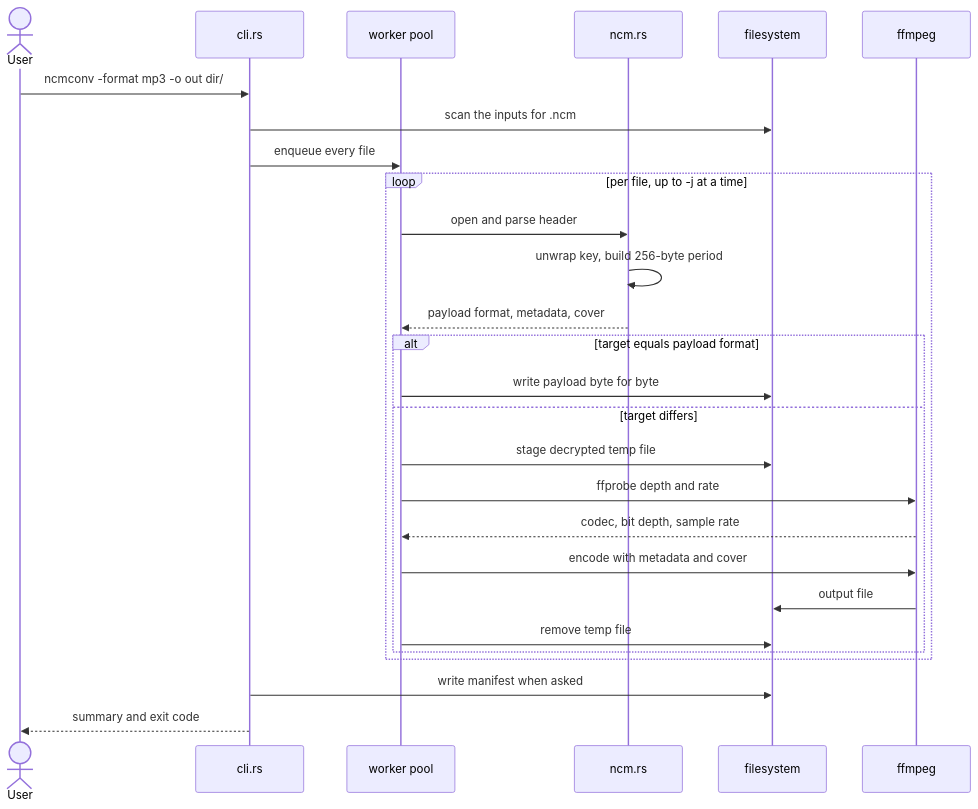
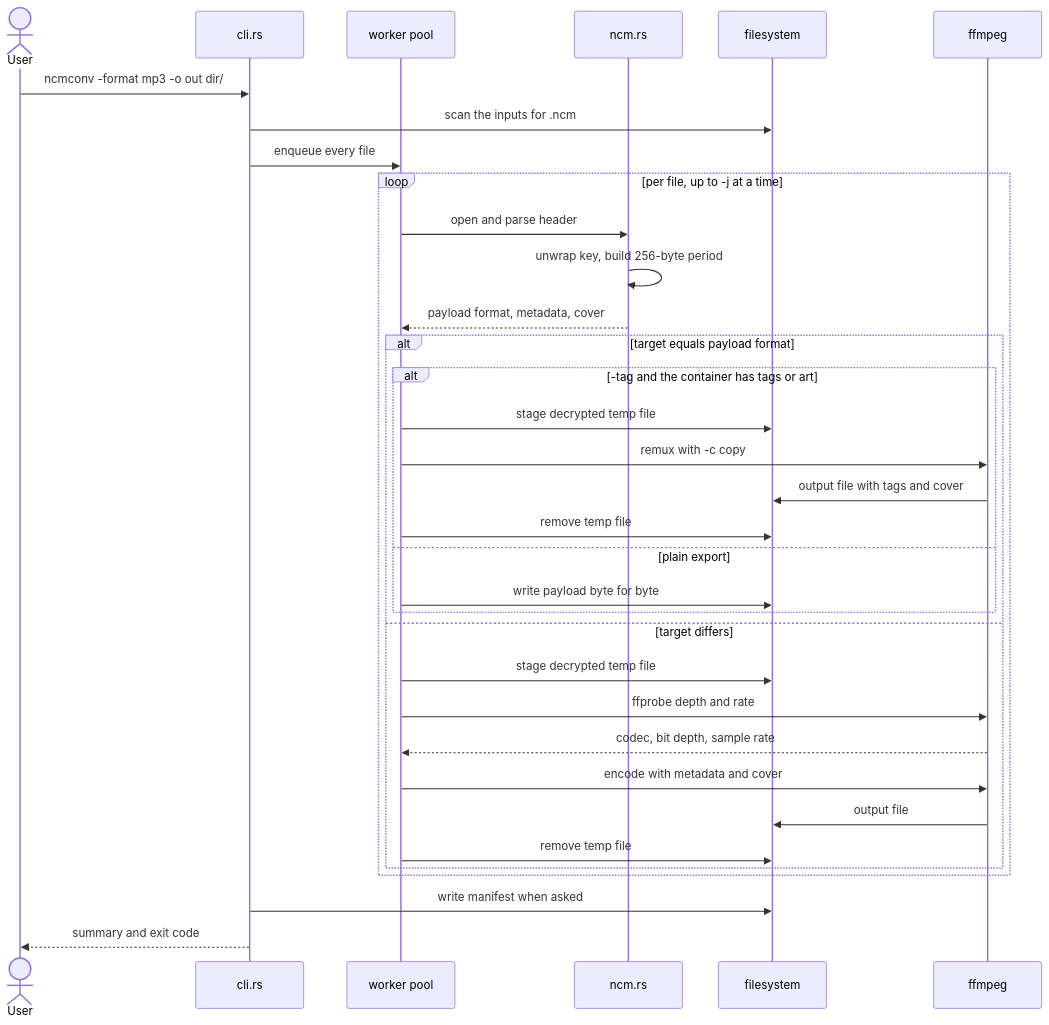
One commit to ByteFluffy/ncmconv changed the third of 3 diagrams in README.md. Above: the diagram before and after it, drawn with Mermaid. The commit also changed other lines of this file and 3 other files, not shown here.

First line of the commit message:
feat: add -tag to attach tags and cover without re-encoding

````diff
--- a/README.md
+++ b/README.md
@@ -153,30 +159,37 @@
 ```mermaid
 sequenceDiagram
     actor User
     participant CLI as cli.rs
     participant Pool as worker pool
     participant NCM as ncm.rs
     participant Disk as filesystem
     participant FF as ffmpeg
 
     User->>CLI: ncmconv -format mp3 -o out dir/
     CLI->>Disk: scan the inputs for .ncm
     CLI->>Pool: enqueue every file
     loop per file, up to -j at a time
         Pool->>NCM: open and parse header
         NCM->>NCM: unwrap key, build 256-byte period
         NCM-->>Pool: payload format, metadata, cover
         alt target equals payload format
-            Pool->>Disk: write payload byte for byte
+            alt -tag and the container has tags or art
+                Pool->>Disk: stage decrypted temp file
+                Pool->>FF: remux with -c copy
+                FF->>Disk: output file with tags and cover
+                Pool->>Disk: remove temp file
+            else plain export
+                Pool->>Disk: write payload byte for byte
+            end
         else target differs
             Pool->>Disk: stage decrypted temp file
             Pool->>FF: ffprobe depth and rate
             FF-->>Pool: codec, bit depth, sample rate
             Pool->>FF: encode with metadata and cover
             FF->>Disk: output file
             Pool->>Disk: remove temp file
         end
     end
     CLI->>Disk: write manifest when asked
     CLI-->>User: summary and exit code
 ```
````
